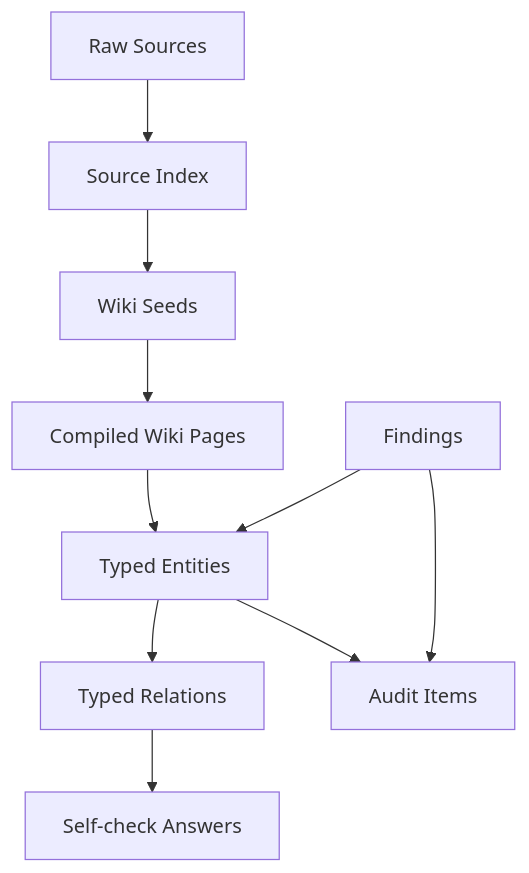
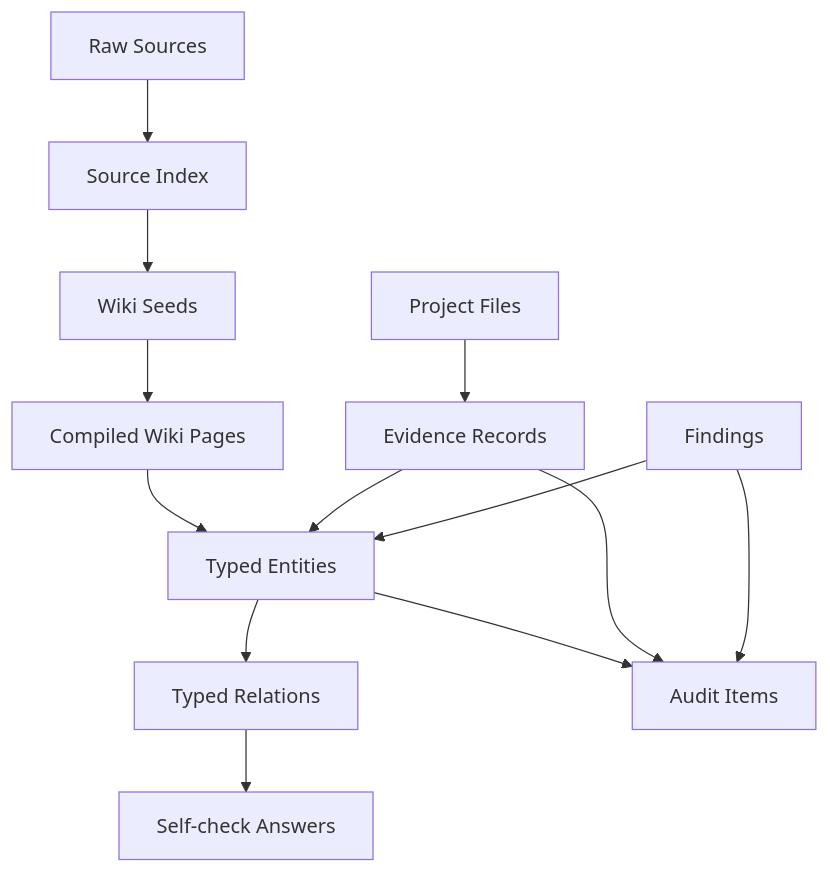
The diagram in docs/data-model.md (SeanMega/R_U_OK), drawn with Mermaid before and after one commit. The commit also changed other lines of this file and 11 other files, not shown here.

````diff
--- a/docs/data-model.md
+++ b/docs/data-model.md
@@ -7,12 +7,15 @@
 ```mermaid
 flowchart TD
   A["Raw Sources"] --> B["Source Index"]
   B --> C["Wiki Seeds"]
   C --> D["Compiled Wiki Pages"]
   D --> E["Typed Entities"]
   E --> F["Typed Relations"]
   F --> G["Self-check Answers"]
   E --> H["Audit Items"]
+  J["Project Files"] --> K["Evidence Records"]
+  K --> E
+  K --> H
   I["Findings"] --> H
   I --> E
 ```
````
